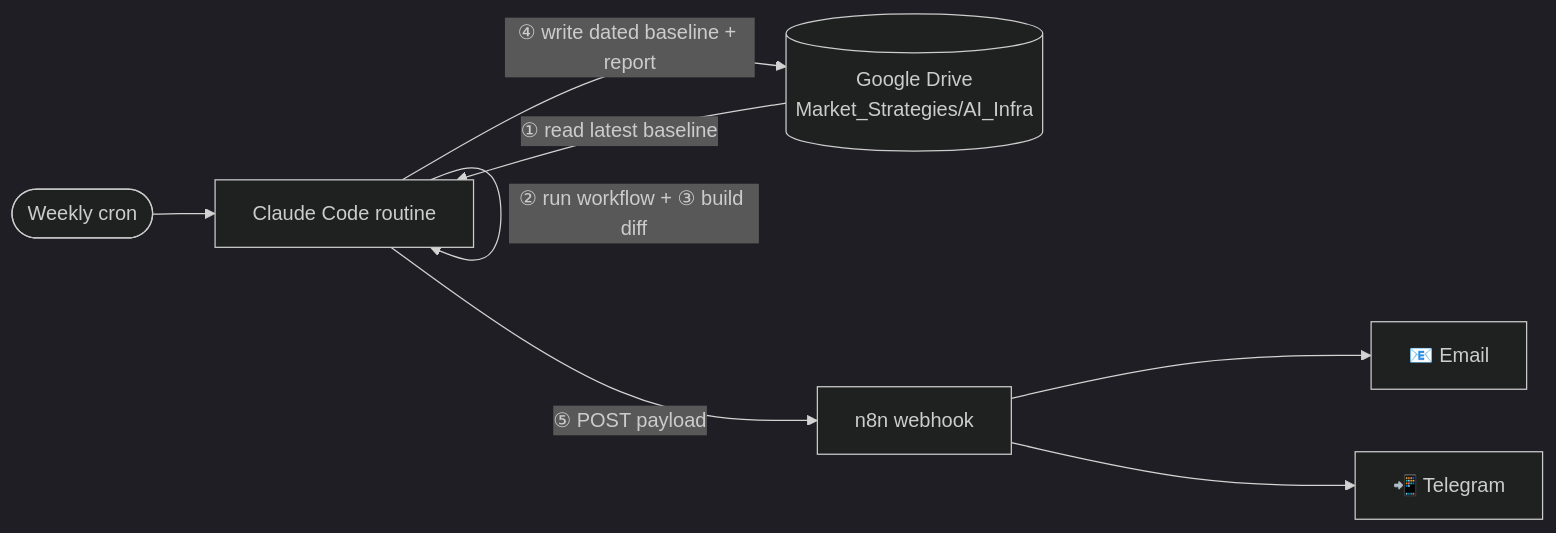
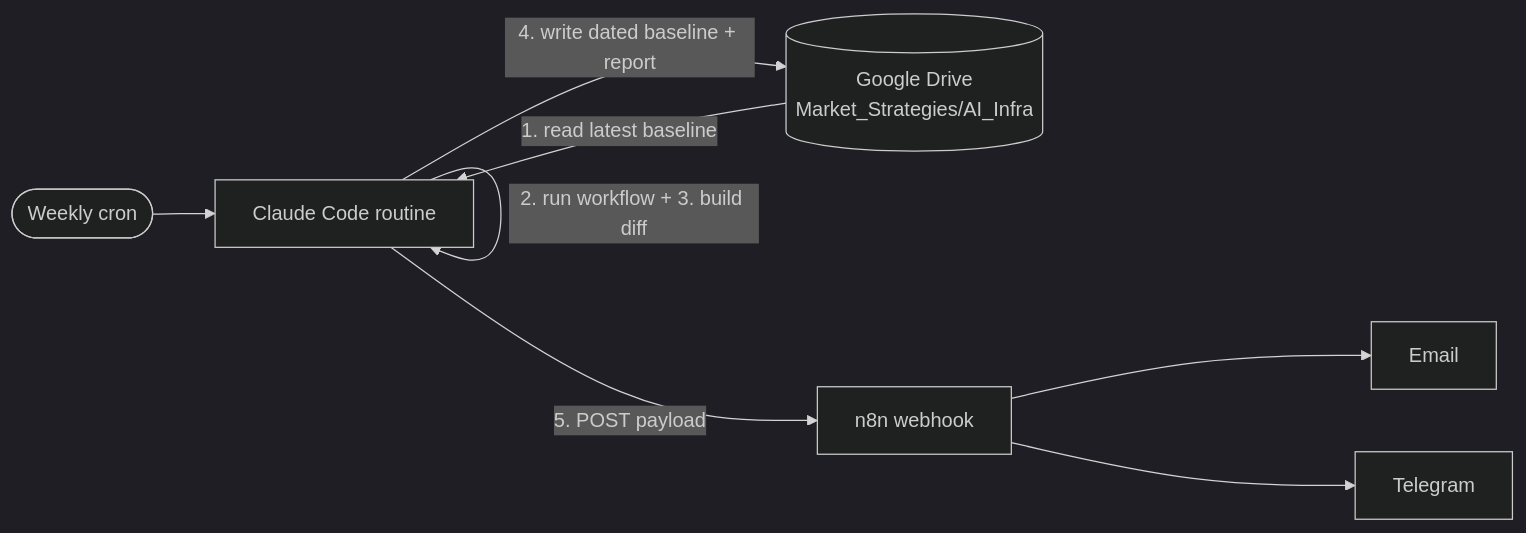
The third of 3 diagrams in README.md (alanvaa06/ai-value-chain-tracker), drawn with Mermaid (dark theme) before and after one commit. The commit also changed other lines of this file, not shown here.

````diff
--- a/README.md
+++ b/README.md
@@ -98,10 +160,10 @@
 ```mermaid
 flowchart LR
   Cron(["Weekly cron"]) --> CC["Claude Code routine"]
-  GD[("Google Drive<br/>Market_Strategies/AI_Infra")] -->|"① read latest baseline"| CC
-  CC -->|"② run workflow + ③ build diff"| CC
-  CC -->|"④ write dated baseline + report"| GD
-  CC -->|"⑤ POST payload"| N8N["n8n webhook"]
-  N8N --> Mail["📧 Email"]
-  N8N --> TG["📲 Telegram"]
+  GD[("Google Drive<br/>Market_Strategies/AI_Infra")] -->|"1. read latest baseline"| CC
+  CC -->|"2. run workflow + 3. build diff"| CC
+  CC -->|"4. write dated baseline + report"| GD
+  CC -->|"5. POST payload"| N8N["n8n webhook"]
+  N8N --> Mail["Email"]
+  N8N --> TG["Telegram"]
 ```
````
